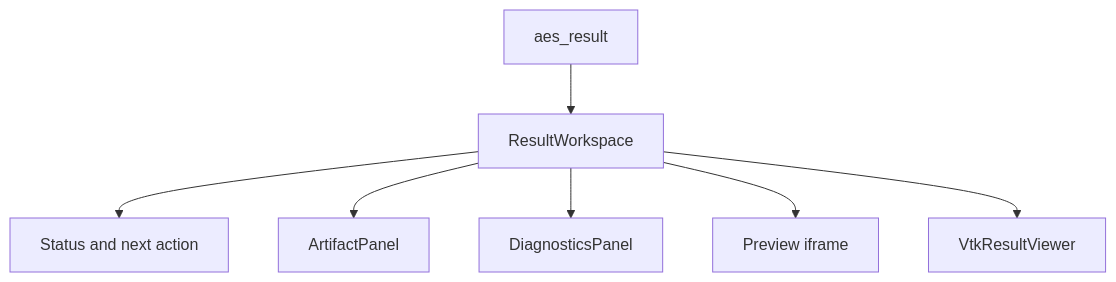
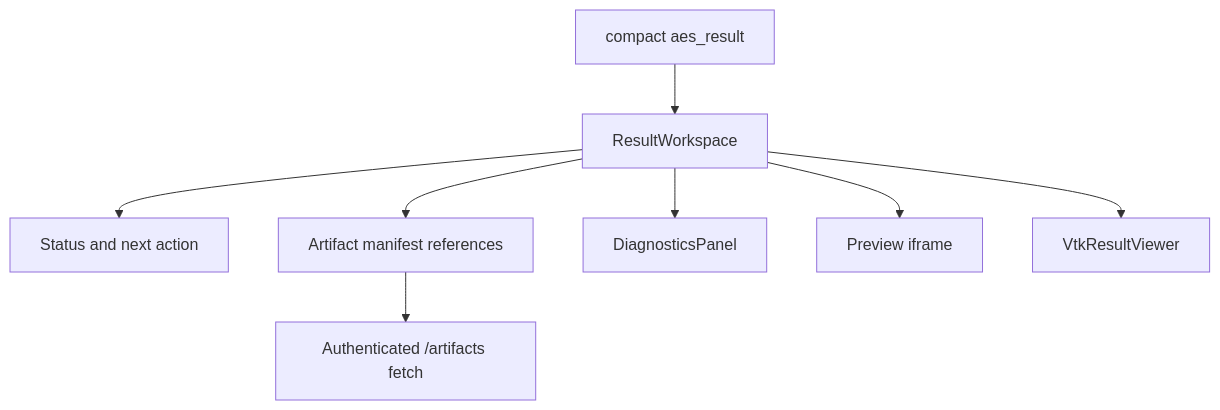
One commit to RadmirG/AES changed the sixth of 6 diagrams in web-ui/architecture.md. Above: the diagram before and after it, drawn with Mermaid. The commit also changed other lines of this file and 7 other files, not shown here.

Commit message:
A bounded public aes_result projection

````diff
--- a/web-ui/architecture.md
+++ b/web-ui/architecture.md
@@ -136,9 +149,10 @@
 ```mermaid
 flowchart TD
-    A["aes_result"] --> B["ResultWorkspace"]
+    A["compact aes_result"] --> B["ResultWorkspace"]
     B --> C["Status and next action"]
-    B --> D["ArtifactPanel"]
+    B --> D["Artifact manifest references"]
+    D --> H["Authenticated /artifacts fetch"]
     B --> E["DiagnosticsPanel"]
     B --> F["Preview iframe"]
     B --> G["VtkResultViewer"]
 ```
````
